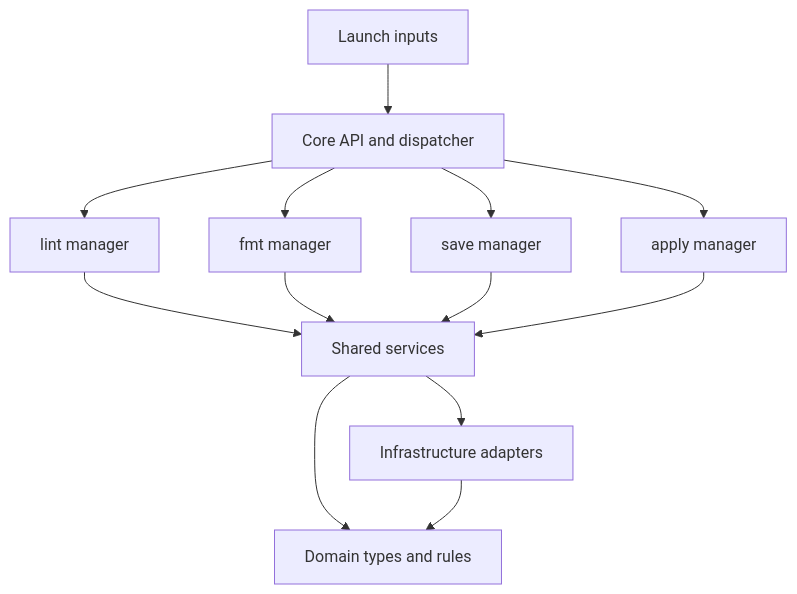
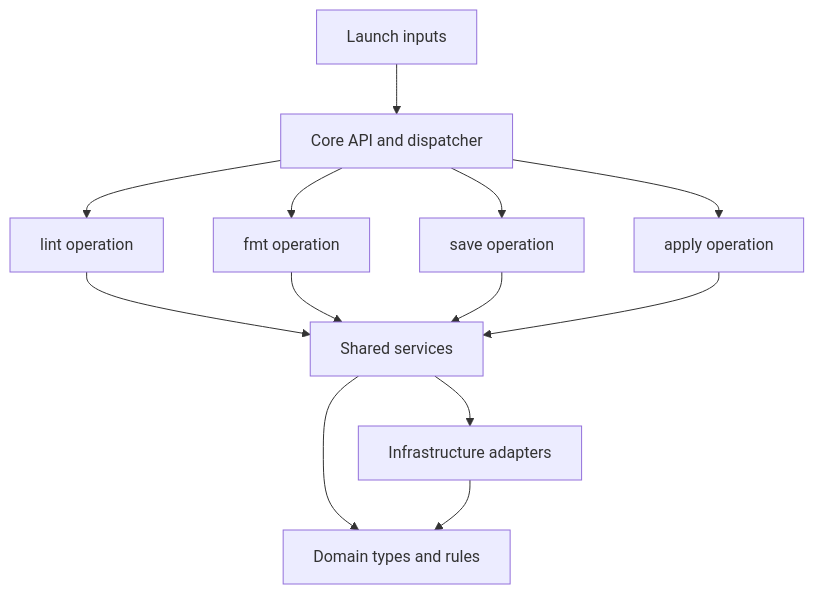
The diagram in ARCHITECTURE.md (partanskiy/lyfy), drawn with Mermaid before and after one commit. The commit also changed other lines of this file and 2 other files, not shown here.

````diff
--- a/ARCHITECTURE.md
+++ b/ARCHITECTURE.md
@@ -71,15 +71,15 @@
 ```mermaid
 flowchart TD
     I[Launch inputs] --> A[Core API and dispatcher]
-    A --> L[lint manager]
-    A --> F[fmt manager]
-    A --> S[save manager]
-    A --> P[apply manager]
+    A --> L[lint operation]
+    A --> F[fmt operation]
+    A --> S[save operation]
+    A --> P[apply operation]
     L --> V[Shared services]
     F --> V
     S --> V
     P --> V
     V --> R[Infrastructure adapters]
     V --> D[Domain types and rules]
     R --> D
 ```
````
